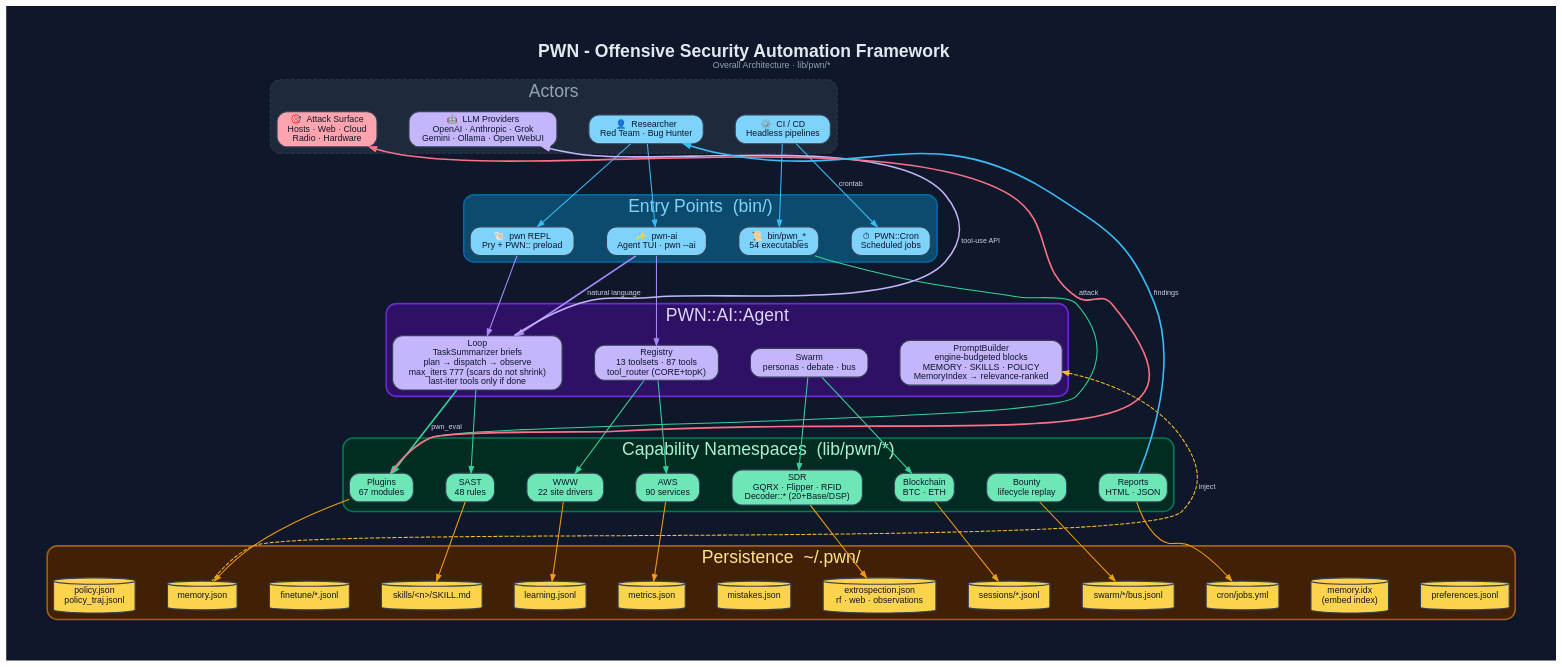
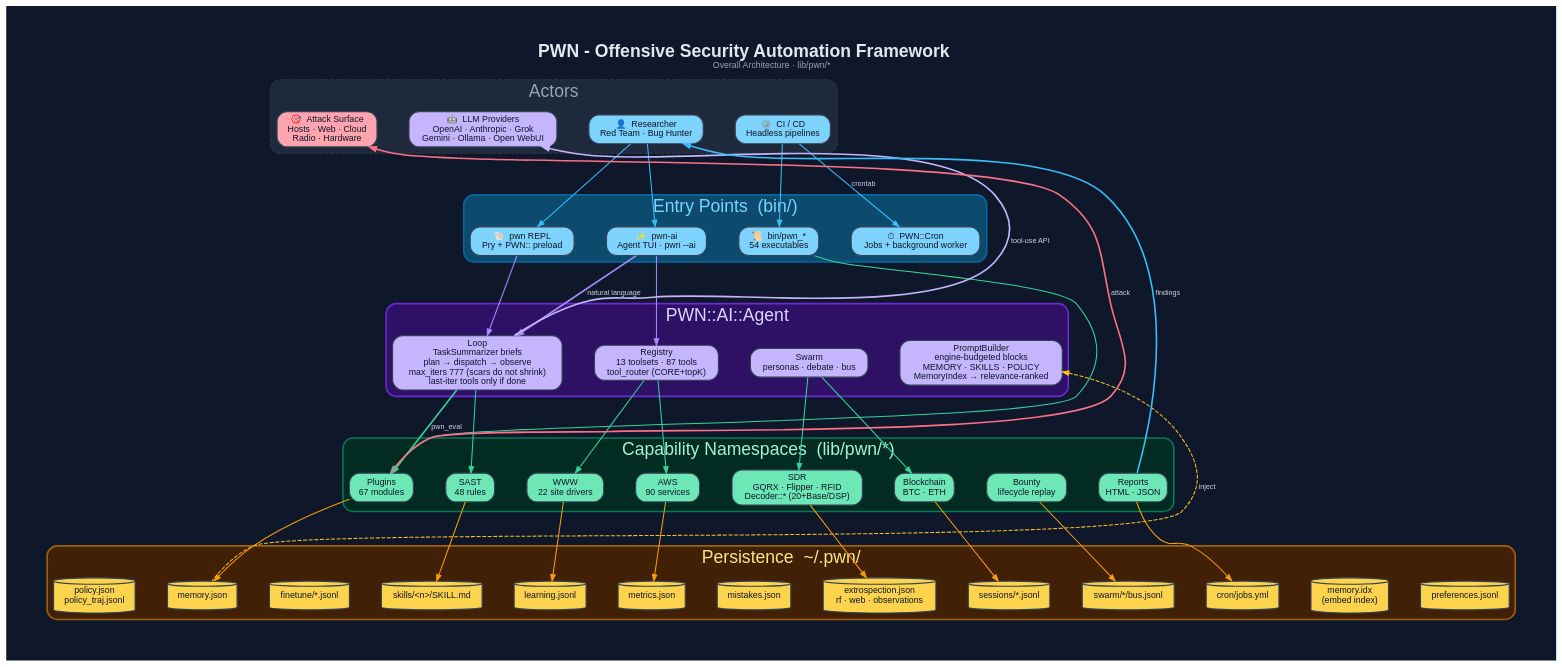
Before and after one commit to 0dayInc/pwn: the diagram in documentation/diagrams/dot/overall-pwn-architecture.dot, drawn with Graphviz. The commit also changed 46 other files, not shown here.

```diff
--- a/documentation/diagrams/dot/overall-pwn-architecture.dot
+++ b/documentation/diagrams/dot/overall-pwn-architecture.dot
@@ -1,122 +1,122 @@
 digraph "PWN_Overall_Architecture" {
   graph [
     label=<<B>PWN - Offensive Security Automation Framework</B><BR/><FONT POINT-SIZE="11" COLOR="#94a3b8">Overall Architecture · lib/pwn/*</FONT>>,
     labelloc=t, fontsize=22, fontname="Helvetica",
     rankdir=TB, splines=spline, nodesep=0.55, ranksep=1.15,
     bgcolor="#0f172a", fontcolor="#e2e8f0", pad=0.6, compound=true, newrank=true
   ];
   node [fontname="Helvetica", fontsize=11, style="filled,rounded",
         shape=box, penwidth=1.4, color="#334155", fontcolor="#0f172a"];
   edge [fontname="Helvetica", fontsize=9, color="#94a3b8",
         fontcolor="#cbd5e1", penwidth=1.3, arrowsize=0.8];
 
   /* ───────── L0 · ACTORS ───────── */
   subgraph cluster_actors {
     label="Actors"; fontcolor="#94a3b8"; style="rounded,dashed";
     color="#334155"; bgcolor="#1e293b";
     User   [label="👤  Researcher\nRed Team · Bug Hunter", fillcolor="#7dd3fc"];
     CI     [label="⚙️  CI / CD\nHeadless pipelines",       fillcolor="#7dd3fc"];
     LLM    [label="🤖  LLM Providers\nOpenAI · Anthropic · Grok\nGemini · Ollama · Open WebUI", fillcolor="#c4b5fd"];
     Target [label="🎯  Attack Surface\nHosts · Web · Cloud\nRadio · Hardware", fillcolor="#fda4af"];
   }
   {rank=same; User; CI; LLM; Target}
 
   /* ───────── L1 · ENTRY POINTS ───────── */
   subgraph cluster_entry {
     label="Entry Points  (bin/)"; fontcolor="#7dd3fc";
     style=rounded; color="#0369a1"; bgcolor="#0c4a6e"; penwidth=2;
     REPL  [label="🐚  pwn REPL\nPry + PWN:: preload",       fillcolor="#7dd3fc"];
     PwnAI [label="✨  pwn-ai\nAgent TUI · pwn --ai",         fillcolor="#7dd3fc"];
     CLI   [label="📜  bin/pwn_*\n54 executables",            fillcolor="#7dd3fc"];
-    Cronb [label="⏱  PWN::Cron\nScheduled jobs",            fillcolor="#7dd3fc"];
+    Cronb [label="⏱  PWN::Cron\nJobs + background worker", fillcolor="#7dd3fc"];
   }
   {rank=same; REPL; PwnAI; CLI; Cronb}
 
   /* ───────── L2 · AI AGENT CORE ───────── */
   subgraph cluster_agent {
     label="PWN::AI::Agent"; fontcolor="#ddd6fe";
     style=rounded; color="#6d28d9"; bgcolor="#2e1065"; penwidth=2;
     Loop     [label="Loop\nTaskSummarizer briefs\nplan → dispatch → observe\nmax_iters 777 (scars do not shrink)\nlast-iter tools only if done",      fillcolor="#c4b5fd"];
     Registry [label="Registry\n13 toolsets · 87 tools\ntool_router (CORE+topK)",    fillcolor="#c4b5fd"];
     Swarm    [label="Swarm\npersonas · debate · bus",        fillcolor="#c4b5fd"];
     Prompt   [label="PromptBuilder\nengine-budgeted blocks\nMEMORY · SKILLS · POLICY\nMemoryIndex → relevance-ranked",fillcolor="#c4b5fd"];
   }
   {rank=same; Loop; Registry; Swarm; Prompt}
 
   /* ───────── L3 · CAPABILITY NAMESPACES ───────── */
   subgraph cluster_caps {
     label="Capability Namespaces  (lib/pwn/*)"; fontcolor="#a7f3d0";
     style=rounded; color="#047857"; bgcolor="#022c22"; penwidth=2;
     Plugins [label="Plugins\n67 modules",     fillcolor="#6ee7b7"];
     SAST    [label="SAST\n48 rules",          fillcolor="#6ee7b7"];
     WWW     [label="WWW\n22 site drivers",    fillcolor="#6ee7b7"];
     AWS     [label="AWS\n90 services",        fillcolor="#6ee7b7"];
     SDR     [label="SDR\nGQRX · Flipper · RFID\nDecoder::* (20+Base/DSP)", fillcolor="#6ee7b7"];
     Chain   [label="Blockchain\nBTC · ETH",   fillcolor="#6ee7b7"];
     Bounty  [label="Bounty\nlifecycle replay", fillcolor="#6ee7b7"];
     Reports [label="Reports\nHTML · JSON",    fillcolor="#6ee7b7"];
   }
   {rank=same; Plugins; SAST; WWW; AWS; SDR; Chain; Bounty; Reports}
 
   /* ───────── L4 · PERSISTENCE (~/.pwn) ───────── */
   subgraph cluster_persist {
     label="Persistence  ~/.pwn/"; fontcolor="#fde68a";
     style=rounded; color="#a16207"; bgcolor="#422006"; penwidth=2;
     Memory   [label="memory.json",       shape=cylinder, fillcolor="#fcd34d"];
     MemIdx   [label="memory.idx\n(embed index)", shape=cylinder, fillcolor="#fcd34d"];
     Skills   [label="skills/<n>/SKILL.md",        shape=cylinder, fillcolor="#fcd34d"];
     Learn    [label="learning.jsonl",     shape=cylinder, fillcolor="#fcd34d"];
     Metrics  [label="metrics.json",       shape=cylinder, fillcolor="#fcd34d"];
     MistF    [label="mistakes.json",      shape=cylinder, fillcolor="#fcd34d"];
     Extro    [label="extrospection.json\nrf · web · observations", shape=cylinder, fillcolor="#fcd34d"];
     Sessions [label="sessions/*.jsonl",   shape=cylinder, fillcolor="#fcd34d"];
     SwarmB   [label="swarm/*/bus.jsonl",  shape=cylinder, fillcolor="#fcd34d"];
     CronF    [label="cron/jobs.yml",      shape=cylinder, fillcolor="#fcd34d"];
     Finetune [label="finetune/*.jsonl", shape=cylinder, fillcolor="#fcd34d"];
     Prefs    [label="preferences.jsonl", shape=cylinder, fillcolor="#fcd34d"];
     PolicyF  [label="policy.json\npolicy_traj.jsonl", shape=cylinder, fillcolor="#fcd34d"];
   }
   {rank=same; Memory; MemIdx; Skills; Learn; Metrics; MistF; Extro; Sessions; SwarmB; CronF; Finetune; Prefs; PolicyF}
 
   /* ── L0 → L1 ── */
   User -> REPL   [color="#38bdf8"];
   User -> PwnAI  [color="#38bdf8"];
   CI   -> CLI    [color="#38bdf8"];
   CI   -> Cronb  [label="crontab", color="#38bdf8"];
 
   /* ── L1 → L2 ── */
   REPL  -> Loop     [color="#a78bfa"];
   PwnAI -> Loop     [label="natural language", color="#a78bfa", penwidth=2];
   PwnAI -> Registry [color="#a78bfa"];
   CLI   -> Swarm    [style=invis];
   Cronb -> Prompt   [style=invis];
 
   /* ── L2 → L3 ── */
   Loop     -> Plugins [label="pwn_eval", color="#34d399", penwidth=2];
   Loop     -> SAST    [color="#34d399"];
   Registry -> WWW     [color="#34d399"];
   Registry -> AWS     [color="#34d399"];
   Swarm    -> SDR     [color="#34d399"];
   Swarm    -> Chain   [color="#34d399"];
   Prompt   -> Bounty  [style=invis];
   Prompt   -> Reports [style=invis];
   CLI      -> Plugins [color="#34d399", constraint=false];
 
   /* ── L3 → L4 ── */
   Plugins -> Memory   [color="#f59e0b"];
   SAST    -> Skills   [color="#f59e0b"];
   WWW     -> Learn    [color="#f59e0b"];
   AWS     -> Metrics  [color="#f59e0b"];
   SDR     -> MistF    [style=invis];
   SDR     -> Extro    [color="#f59e0b"];
   Chain   -> Sessions [color="#f59e0b"];
   Bounty  -> SwarmB   [color="#f59e0b"];
   Reports -> CronF    [color="#f59e0b"];
   Reports -> Prefs    [style=invis];
 
   /* ── side flows (few, non-constraining) ── */
   Loop    -> LLM    [label="tool-use API", color="#c4b5fd", constraint=false, penwidth=2];
   Plugins -> Target [label="attack",       color="#fb7185", constraint=false, penwidth=2];
   Prompt  -> Memory [label="inject", dir=back, color="#fbbf24", constraint=false, style=dashed];
   Reports -> User   [label="findings", color="#38bdf8", constraint=false, penwidth=2];
 }
```
